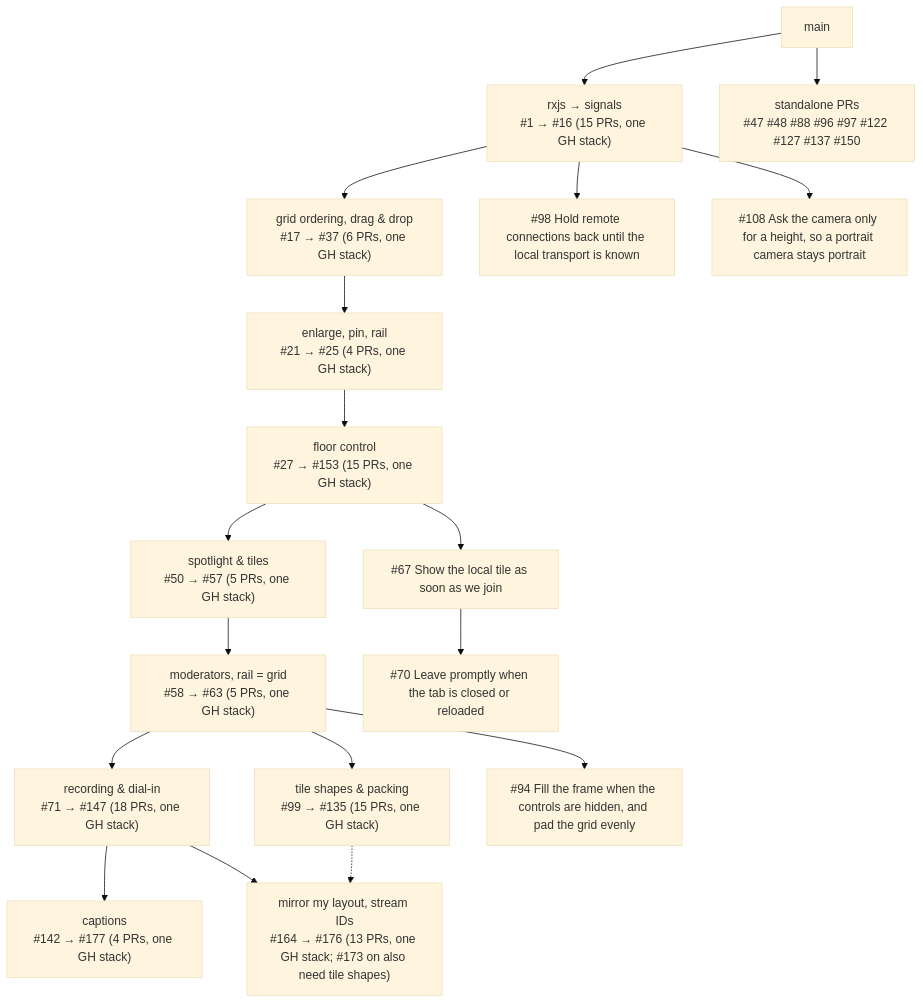
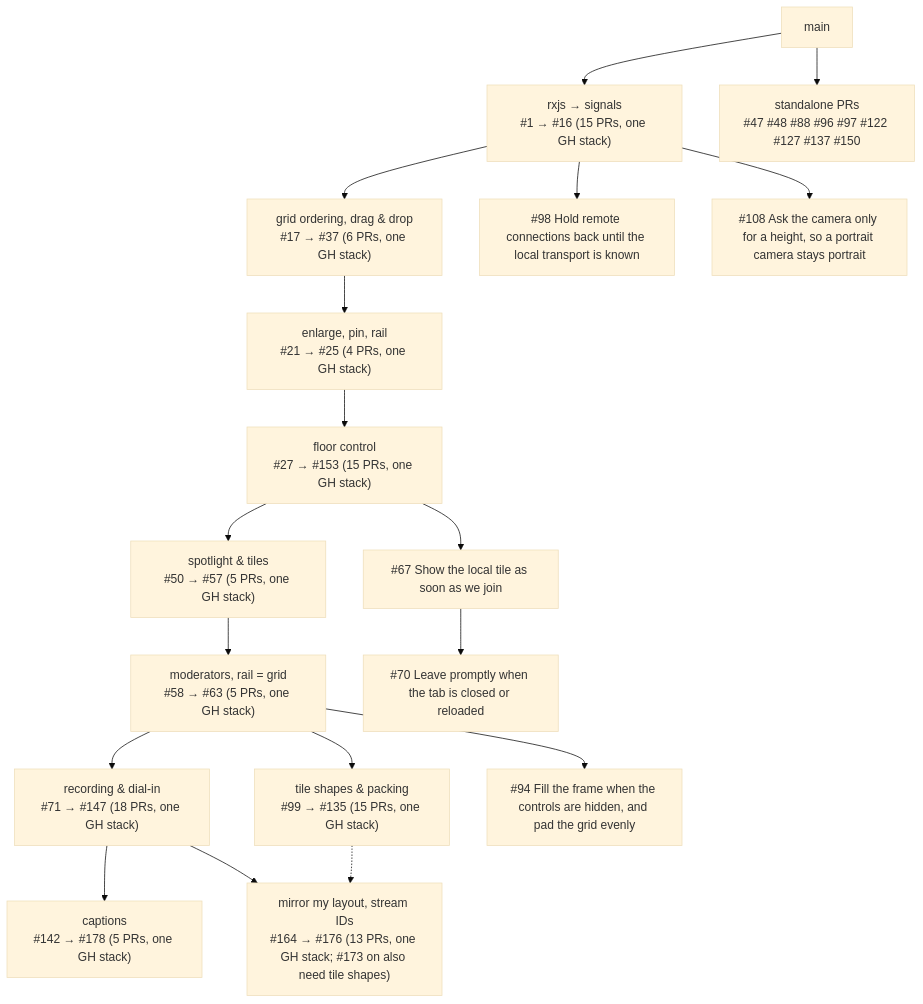
The diagram in docs/experiment_stack.md (MaximilianGaedig/element-call), drawn with Mermaid (base theme) before and after one commit. The commit also changed other lines of this file, not shown here.

Commit message:
Stack overview: #178 makes captions each device's own

````diff
--- a/docs/experiment_stack.md
+++ b/docs/experiment_stack.md
@@ -21,37 +21,37 @@
 ```mermaid
 graph TD
   main[main]
   foundation["rxjs → signals<br/>#1 → #16 (15 PRs, one GH stack)"]
   main --> foundation
   drag["grid ordering, drag & drop<br/>#17 → #37 (6 PRs, one GH stack)"]
   foundation --> drag
   spotlight["enlarge, pin, rail<br/>#21 → #25 (4 PRs, one GH stack)"]
   drag --> spotlight
   floor["floor control<br/>#27 → #153 (15 PRs, one GH stack)"]
   spotlight --> floor
   spotlight2["spotlight & tiles<br/>#50 → #57 (5 PRs, one GH stack)"]
   floor --> spotlight2
   floor2["moderators, rail = grid<br/>#58 → #63 (5 PRs, one GH stack)"]
   spotlight2 --> floor2
   recording["recording & dial-in<br/>#71 → #147 (18 PRs, one GH stack)"]
   floor2 --> recording
-  captions["captions<br/>#142 → #177 (4 PRs, one GH stack)"]
+  captions["captions<br/>#142 → #178 (5 PRs, one GH stack)"]
   recording --> captions
   mirror["mirror my layout, stream IDs<br/>#164 → #176 (13 PRs, one GH stack; #173 on also need tile shapes)"]
   recording --> mirror
   shapes -.-> mirror
   shapes["tile shapes & packing<br/>#99 → #135 (15 PRs, one GH stack)"]
   floor2 --> shapes
   pr67["#67 Show the local tile as soon as we join"]
   floor --> pr67
   pr70["#70 Leave promptly when the tab is closed or reloaded"]
   pr67 --> pr70
   pr94["#94 Fill the frame when the controls are hidden, and pad the grid evenly"]
   floor2 --> pr94
   pr98["#98 Hold remote connections back until the local transport is known"]
   foundation --> pr98
   pr108["#108 Ask the camera only for a height, so a portrait camera stays portrait"]
   foundation --> pr108
   standalone["standalone PRs<br/>#47 #48 #88 #96 #97 #122 #127 #137 #150"]
   main --> standalone
 ```
````
